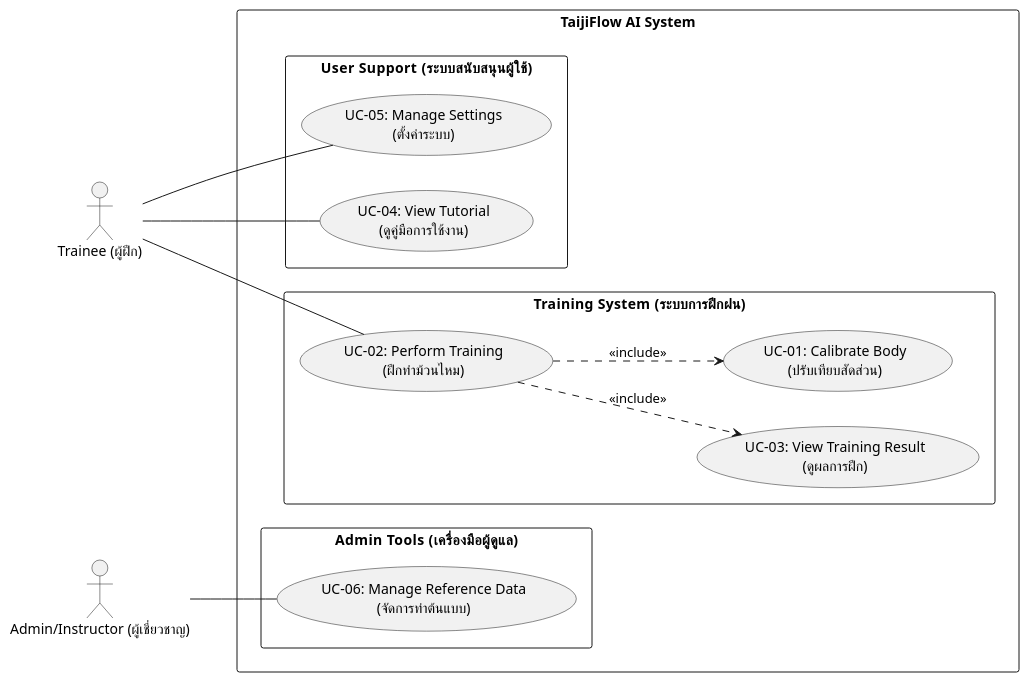
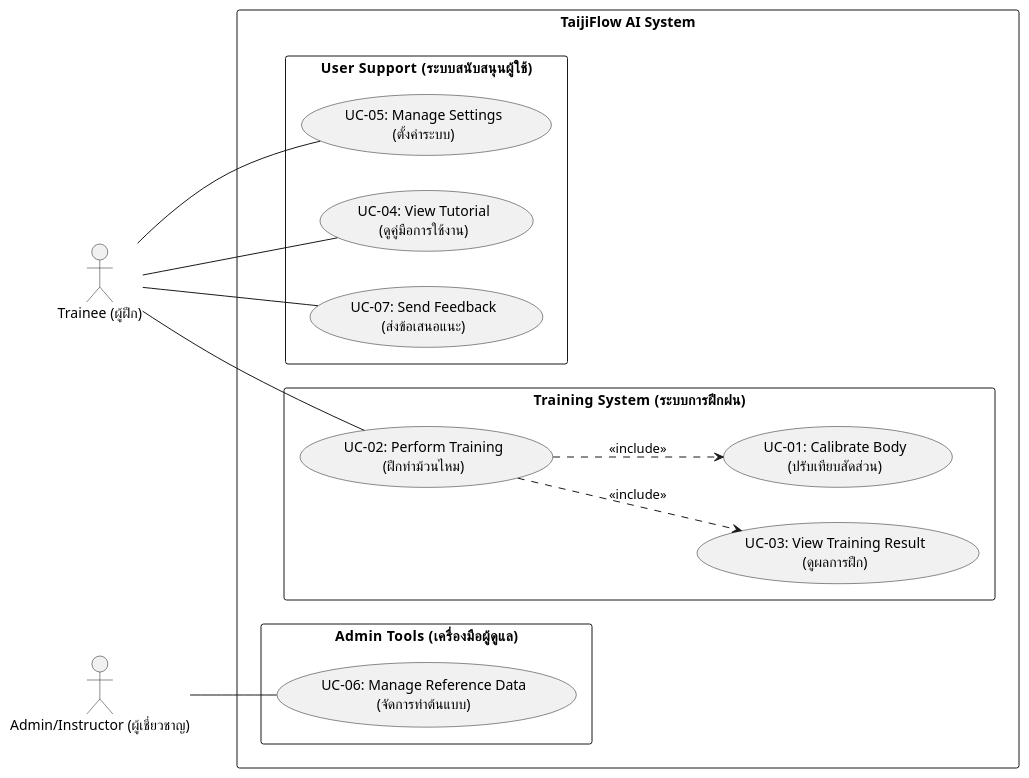
One commit to vyut/TaijiFlow changed the diagram in docs/diagrams/UseCaseDiagram.wsd. Above: the diagram before and after it, drawn with PlantUML. The commit also changed 32 other files, not shown here.

```diff
--- a/docs/diagrams/UseCaseDiagram.wsd
+++ b/docs/diagrams/UseCaseDiagram.wsd
@@ -1,46 +1,48 @@
 @startuml TaijiFlow_UseCase_Diagram
 left to right direction
 skinparam packageStyle rectangle
 skinparam backgroundColor transparent
 
 ' 2. ตั้งค่า Font ภาษาไทย (เลือก Font ที่รองรับ Unicode)
 ' หากรันในเครื่องตัวเอง ให้เปลี่ยนเป็นชื่อ Font ที่มีในเครื่อง เช่น "Sarabun", "Tahoma"
 skinparam defaultFontName "Sarabun"
 
 actor "Trainee (ผู้ฝึก)" as trainee
 actor "Admin/Instructor (ผู้เชี่ยวชาญ)" as admin
 
 package "TaijiFlow AI System" {
     package "Admin Tools (เครื่องมือผู้ดูแล)" {
         usecase "UC-06: Manage Reference Data\n(จัดการท่าต้นแบบ)" as UC06
     }
 
     package "User Support (ระบบสนับสนุนผู้ใช้)" {
         usecase "UC-05: Manage Settings\n(ตั้งค่าระบบ)" as UC05
         usecase "UC-04: View Tutorial\n(ดูคู่มือการใช้งาน)" as UC04
+        usecase "UC-07: Send Feedback\n(ส่งข้อเสนอแนะ)" as UC07
     }
 
     package "Training System (ระบบการฝึกฝน)" {
         usecase "UC-03: View Training Result\n(ดูผลการฝึก)" as UC03
         usecase "UC-02: Perform Training\n(ฝึกท่าม้วนไหม)" as UC02
         usecase "UC-01: Calibrate Body\n(ปรับเทียบสัดส่วน)" as UC01
     }
 }
 
 ' Actor Relationships
 trainee -- UC02
 trainee -- UC04
 trainee -- UC05
+trainee -- UC07
 
 admin -- UC06
 
 ' Include Relationships
 UC02 ..> UC01 : <<include>>
 UC02 ..> UC03 : <<include>>
 
 ' note right of UC02
 '   UC-02 includes:
 '   - UC-01 ก่อนเริ่มฝึก (Calibration)
 '   - UC-03 หลังจบการฝึก (View Result)
 ' end note
 @enduml
```
